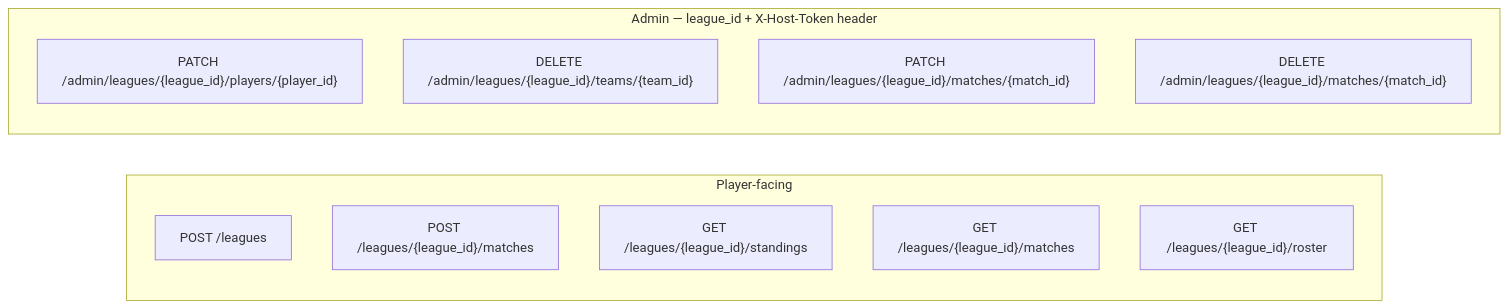
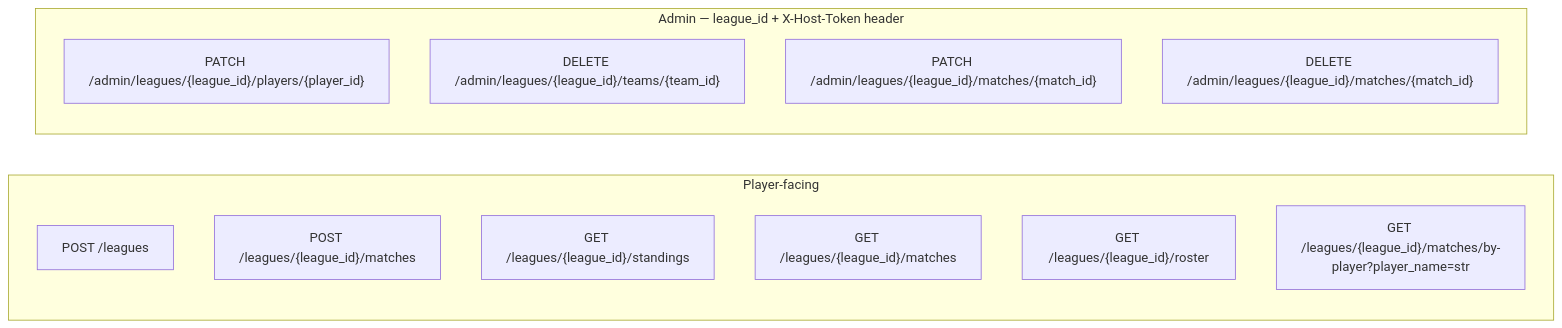
One commit to swjeong0825/TLMB_backend_main changed the diagram in TLMB_Design_doc/13_api_contracts.md. Above: the diagram before and after it, drawn with Mermaid. The commit also changed other lines of this file and 10 other files, not shown here.

````diff
--- a/TLMB_Design_doc/13_api_contracts.md
+++ b/TLMB_Design_doc/13_api_contracts.md
@@ -11,16 +11,17 @@
 ```mermaid
 flowchart LR
     subgraph player [Player-facing]
         P1["POST /leagues"]
         P2["POST /leagues/{league_id}/matches"]
         P3["GET /leagues/{league_id}/standings"]
         P4["GET /leagues/{league_id}/matches"]
         P5["GET /leagues/{league_id}/roster"]
+        P6["GET /leagues/{league_id}/matches/by-player?player_name=str"]
     end
     subgraph admin ["Admin — league_id + X-Host-Token header"]
         A1["PATCH /admin/leagues/{league_id}/players/{player_id}"]
         A2["DELETE /admin/leagues/{league_id}/teams/{team_id}"]
         A3["PATCH /admin/leagues/{league_id}/matches/{match_id}"]
         A4["DELETE /admin/leagues/{league_id}/matches/{match_id}"]
     end
 ```
````
